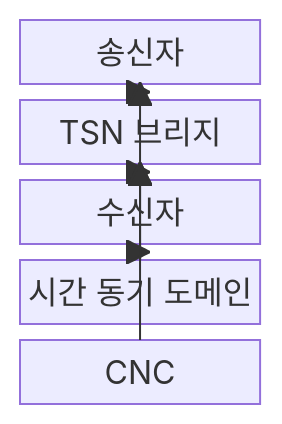
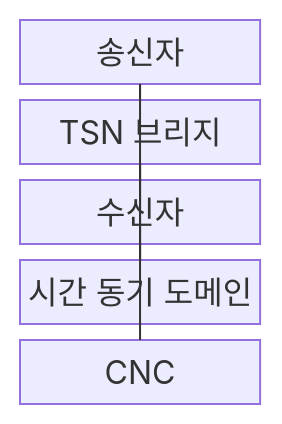
The first of 2 diagrams in src/content/docs/notes/04-network/083_time_sensitive_networking.md (agnusdei1207/knowledge-base), drawn with Mermaid before and after one commit. The commit also changed other lines of this file and 493 other files, not shown here.

````diff
--- a/src/content/docs/notes/04-network/083_time_sensitive_networking.md
+++ b/src/content/docs/notes/04-network/083_time_sensitive_networking.md
@@ -68,15 +68,15 @@
 ```mermaid
 block-beta
     columns 1
     TALKER["송신자"]
     BRIDGE["TSN 브리지"]
     LISTENER["수신자"]
     TIME["시간 동기 도메인"]
     CNC["CNC"]
-    TALKER --> BRIDGE
-    BRIDGE --> LISTENER
-    TIME --> TALKER
-    TIME --> BRIDGE
-    TIME --> LISTENER
-    CNC --> BRIDGE
+    TALKER --- BRIDGE
+    BRIDGE --- LISTENER
+    TIME --- TALKER
+    TIME --- BRIDGE
+    TIME --- LISTENER
+    CNC --- BRIDGE
 ```
````
